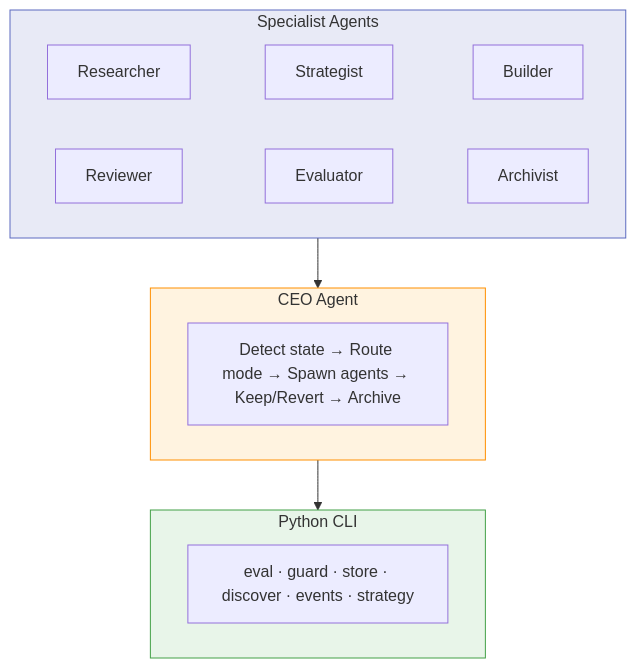
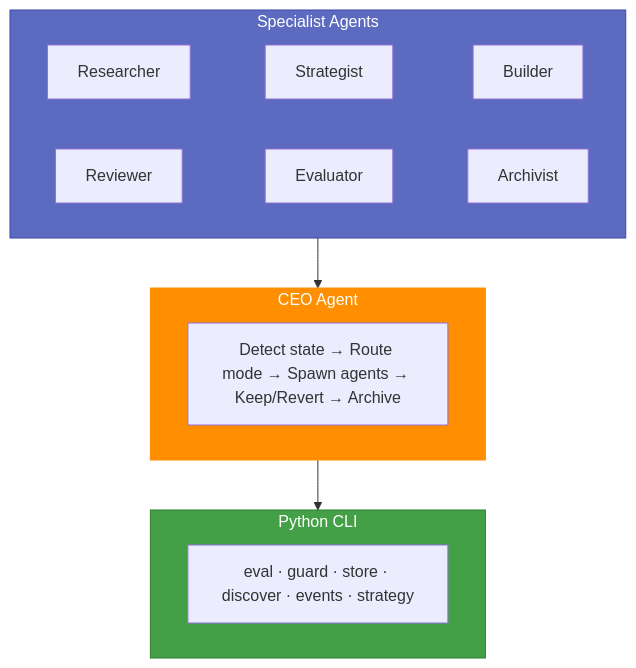
One commit to akashgit/remote-factory changed the third of 4 diagrams in docs/index.md. Above: the diagram before and after it, drawn with Mermaid. The commit also changed other lines of this file and 1 other file, not shown here.

First line of the commit message:
fix: use background-invariant colors in Mermaid diagrams for dark mode

````diff
--- a/docs/index.md
+++ b/docs/index.md
@@ -109,19 +109,19 @@
 ```mermaid
 graph TB
     subgraph agents ["Specialist Agents"]
         R["Researcher"] ~~~ S["Strategist"] ~~~ BU["Builder"]
         RE["Reviewer"] ~~~ EV["Evaluator"] ~~~ AR["Archivist"]
     end
     subgraph ceo ["CEO Agent"]
         C["Detect state → Route mode → Spawn agents → Keep/Revert → Archive"]
     end
     subgraph cli ["Python CLI"]
         T["eval · guard · store · discover · events · strategy"]
     end
 
     agents --> ceo --> cli
 
-    style agents fill:#e8eaf6,stroke:#5c6bc0
-    style ceo fill:#fff3e0,stroke:#ff8f00
-    style cli fill:#e8f5e9,stroke:#43a047
+    style agents fill:#5c6bc0,color:#fff,stroke:#3949ab
+    style ceo fill:#ff8f00,color:#fff,stroke:#ff8f00
+    style cli fill:#43a047,color:#fff,stroke:#2e7d32
 ```
````
